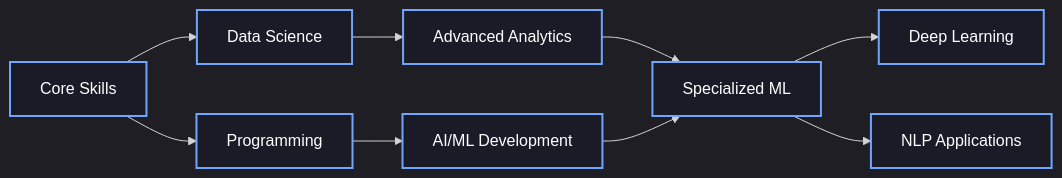
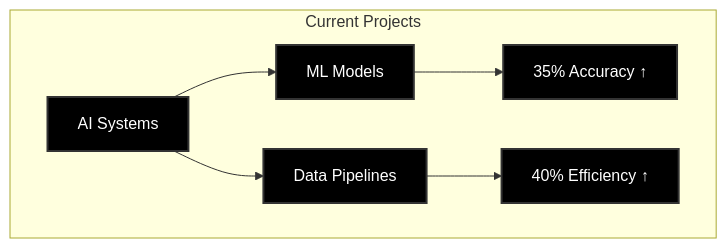
Before and after one commit to saisrinivas194/saisrinivas194: the second of 2 diagrams in README.md, drawn with Mermaid. The commit also changed other lines of this file, not shown here.

````diff
--- a/README.md
+++ b/README.md
@@ -156,14 +81,11 @@
 ```mermaid
-%%{init: { 'theme': 'dark', 'themeVariables': { 'fontFamily': 'monospace' }}}%%
-graph LR
-    A[Core Skills] --> B[Data Science]
-    A --> C[Programming]
-    B --> D[Advanced Analytics]
-    C --> E[AI/ML Development]
-    D --> F[Specialized ML]
-    E --> F
-    F --> G[Deep Learning]
-    F --> H[NLP Applications]
-    
-    classDef default fill:#1A1B27,stroke:#70A5FD,stroke-width:2px,color:#ffffff;
+graph TB
+    classDef default fill:#000000,stroke:#333,stroke-width:2px,color:#ffffff;
+
+    subgraph Current Projects
+    A[AI Systems] --> B[ML Models]
+    A --> C[Data Pipelines]
+    B --> D[35% Accuracy ↑]
+    C --> E[40% Efficiency ↑]
+    end
 ```
````
